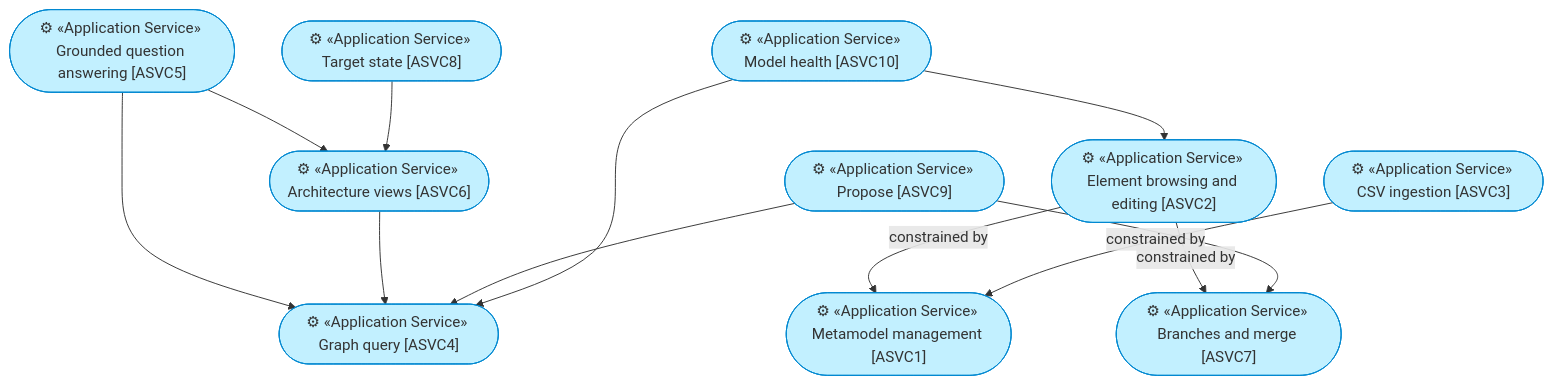
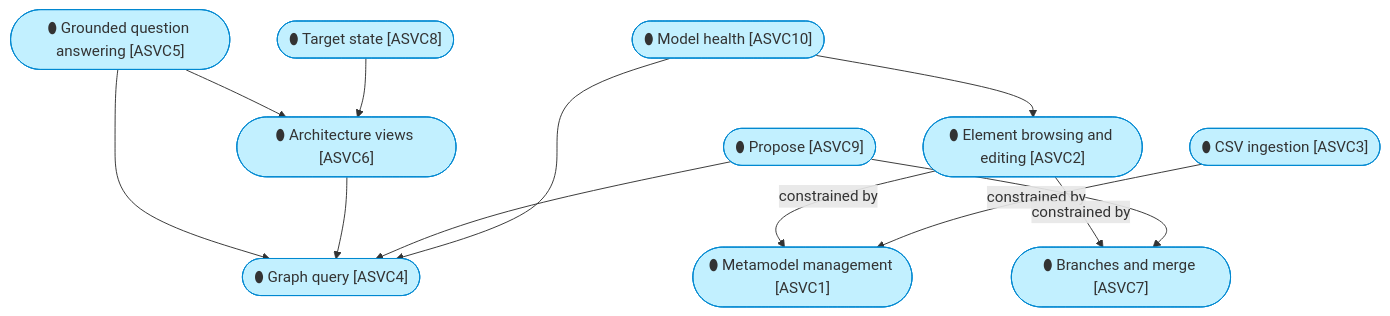
Before and after one commit to bocanegratqut/dbx-enterprise-architecture: the third of 4 diagrams in architecture/4_application/1_application-services.md, drawn with Mermaid. The commit also changed other lines of this file and 25 other files, not shown here.

````diff
--- a/architecture/4_application/1_application-services.md
+++ b/architecture/4_application/1_application-services.md
@@ -45,26 +71,26 @@
 ```mermaid
 flowchart TB
-  s1(["⚙ «Application Service» Metamodel management [ASVC1]"]):::application
-  s2(["⚙ «Application Service» Element browsing and editing [ASVC2]"]):::application
-  s3(["⚙ «Application Service» CSV ingestion [ASVC3]"]):::application
-  s4(["⚙ «Application Service» Graph query [ASVC4]"]):::application
-  s5(["⚙ «Application Service» Grounded question answering [ASVC5]"]):::application
-  s6(["⚙ «Application Service» Architecture views [ASVC6]"]):::application
-  s7(["⚙ «Application Service» Branches and merge [ASVC7]"]):::application
-  s8(["⚙ «Application Service» Target state [ASVC8]"]):::application
-  s9(["⚙ «Application Service» Propose [ASVC9]"]):::application
-  s10(["⚙ «Application Service» Model health [ASVC10]"]):::application
+  s1(["⬮ Metamodel management [ASVC1]"]):::application
+  s2(["⬮ Element browsing and editing [ASVC2]"]):::application
+  s3(["⬮ CSV ingestion [ASVC3]"]):::application
+  s4(["⬮ Graph query [ASVC4]"]):::application
+  s5(["⬮ Grounded question answering [ASVC5]"]):::application
+  s6(["⬮ Architecture views [ASVC6]"]):::application
+  s7(["⬮ Branches and merge [ASVC7]"]):::application
+  s8(["⬮ Target state [ASVC8]"]):::application
+  s9(["⬮ Propose [ASVC9]"]):::application
+  s10(["⬮ Model health [ASVC10]"]):::application
   s2 -->|constrained by| s1
   s3 -->|constrained by| s1
   s2 -->|constrained by| s7
   s5 --> s4
   s5 --> s6
   s6 --> s4
   s8 --> s6
   s9 --> s7
   s9 --> s4
   s10 --> s4
   s10 --> s2
 
   classDef application fill:#c2f0ff,stroke:#0288d1,color:#333
 ```
````
